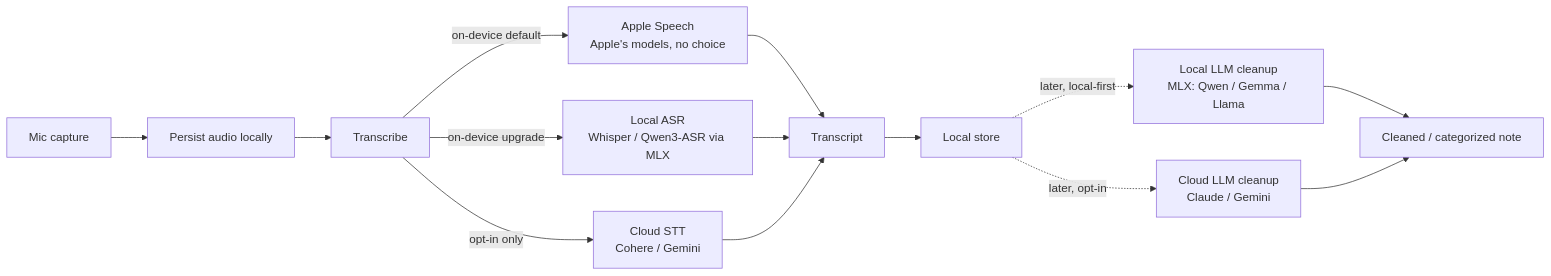
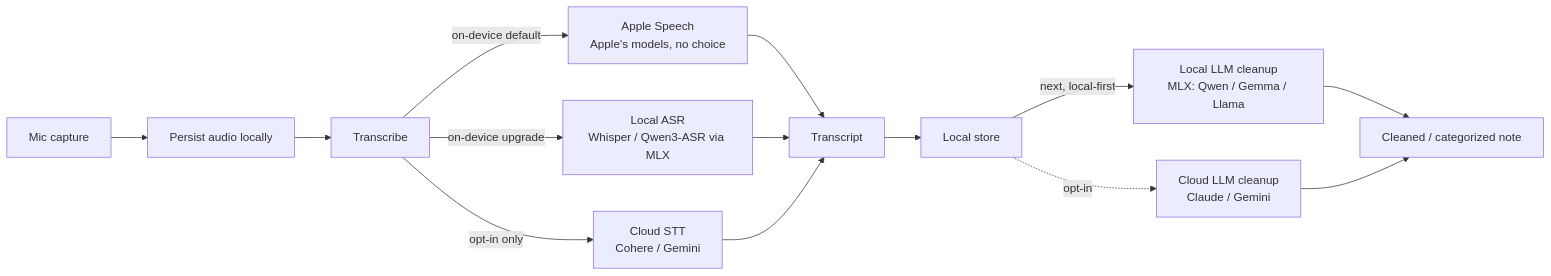
One commit to AlteredCraft/relay-notes changed the diagram in planning/notes.md. Above: the diagram before and after it, drawn with Mermaid. The commit also changed other lines of this file and 3 other files, not shown here.

First line of the commit message:
docs: recalibrate plan — Apple Speech permanent default; cleanup model next (+ plan.L2.md)

````diff
--- a/planning/notes.md
+++ b/planning/notes.md
@@ -55,16 +56,16 @@
 ```mermaid
 graph LR
     A[Mic capture] --> B[Persist audio locally]
     B --> C[Transcribe]
     C -->|on-device default| C1[Apple Speech<br/>Apple's models, no choice]
     C -->|on-device upgrade| C2[Local ASR<br/>Whisper / Qwen3-ASR via MLX]
     C -->|opt-in only| C3[Cloud STT<br/>Cohere / Gemini]
     C1 --> D[Transcript]
     C2 --> D
     C3 --> D
     D --> F[Local store]
-    F -.later, local-first.-> G1[Local LLM cleanup<br/>MLX: Qwen / Gemma / Llama]
-    F -.later, opt-in.-> G2[Cloud LLM cleanup<br/>Claude / Gemini]
+    F -->|next, local-first| G1[Local LLM cleanup<br/>MLX: Qwen / Gemma / Llama]
+    F -.opt-in.-> G2[Cloud LLM cleanup<br/>Claude / Gemini]
     G1 --> H[Cleaned / categorized note]
     G2 --> H
 ```
````
